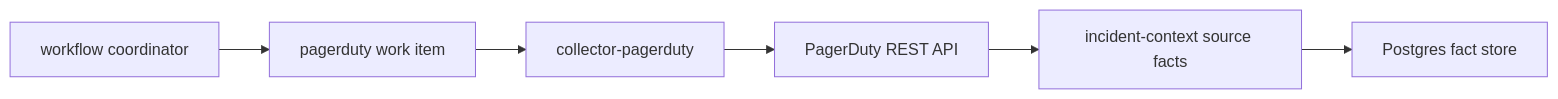
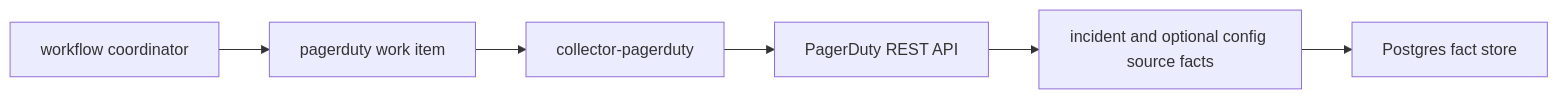
Before and after one commit to eshu-hq/eshu: the diagram in docs/public/services/collector-pagerduty.md, drawn with Mermaid. The commit also changed other lines of this file and 36 other files, not shown here.

````diff
--- a/docs/public/services/collector-pagerduty.md
+++ b/docs/public/services/collector-pagerduty.md
@@ -23,8 +27,8 @@
 ```mermaid
 flowchart LR
   A["workflow coordinator"] --> B["pagerduty work item"]
   B --> C["collector-pagerduty"]
   C --> D["PagerDuty REST API"]
-  D --> E["incident-context source facts"]
+  D --> E["incident and optional config source facts"]
   E --> F["Postgres fact store"]
 ```
````
